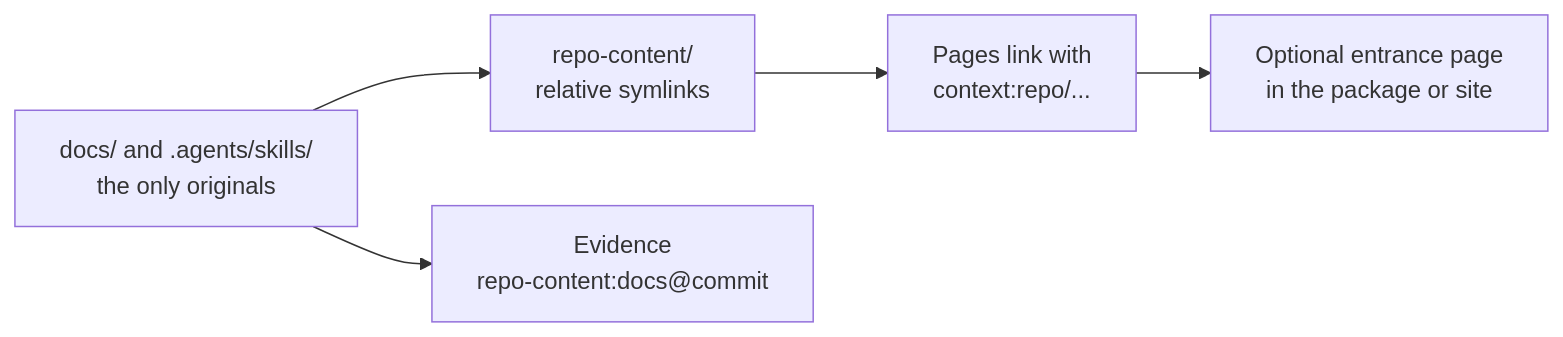
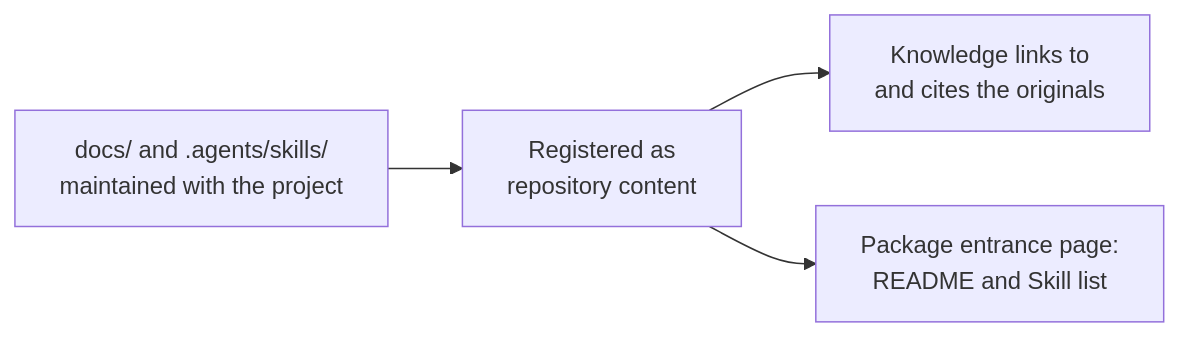
Before and after one commit to context4ai/portal: the diagram in knowledge/sop/registering-sources/same-repository-docs.md, drawn with Mermaid. The commit also changed other lines of this file and 138 other files, not shown here.

````diff
--- a/knowledge/sop/registering-sources/same-repository-docs.md
+++ b/knowledge/sop/registering-sources/same-repository-docs.md
@@ -14,7 +14,6 @@
 ```mermaid
 flowchart LR
-  orig["docs/ and .agents/skills/<br/>the only originals"] --> links["repo-content/<br/>relative symlinks"]
-  orig --> ev["Evidence<br/>repo-content:docs@commit"]
-  links --> pages["Pages link with<br/>context:repo/..."]
-  pages --> pkg["Optional entrance page<br/>in the package or site"]
+  orig["docs/ and .agents/skills/<br/>maintained with the project"] --> reg["Registered as<br/>repository content"]
+  reg --> kn["Knowledge links to<br/>and cites the originals"]
+  reg --> pkg["Package entrance page:<br/>README and Skill list"]
 ```
````
